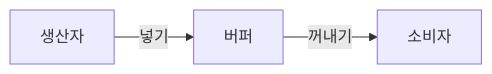
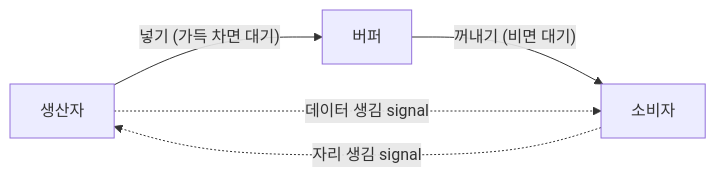
One commit to Byeongchan99/CS-Card changed diagram 12 of 13 in summary-notes/운영체제.md. Above: the diagram before and after it, drawn with Mermaid. The commit also changed other lines of this file, not shown here.

````diff
--- a/summary-notes/운영체제.md
+++ b/summary-notes/운영체제.md
@@ -429,5 +438,7 @@
 ```mermaid
 flowchart LR
-    P["생산자"] -->|넣기| B["버퍼"]
-    B -->|꺼내기| C["소비자"]
+    P["생산자"] -->|"넣기 (가득 차면 대기)"| B["버퍼"]
+    B -->|"꺼내기 (비면 대기)"| C["소비자"]
+    C -.->|"자리 생김 signal"| P
+    P -.->|"데이터 생김 signal"| C
 ```
````
